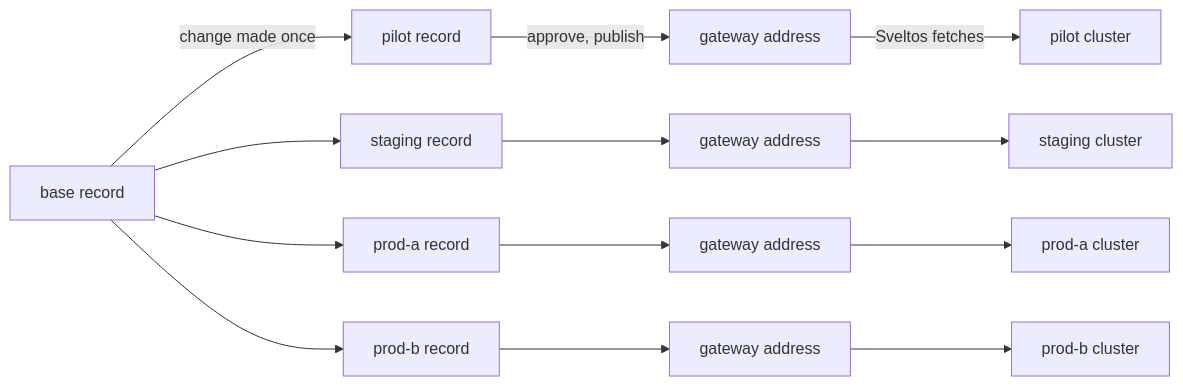
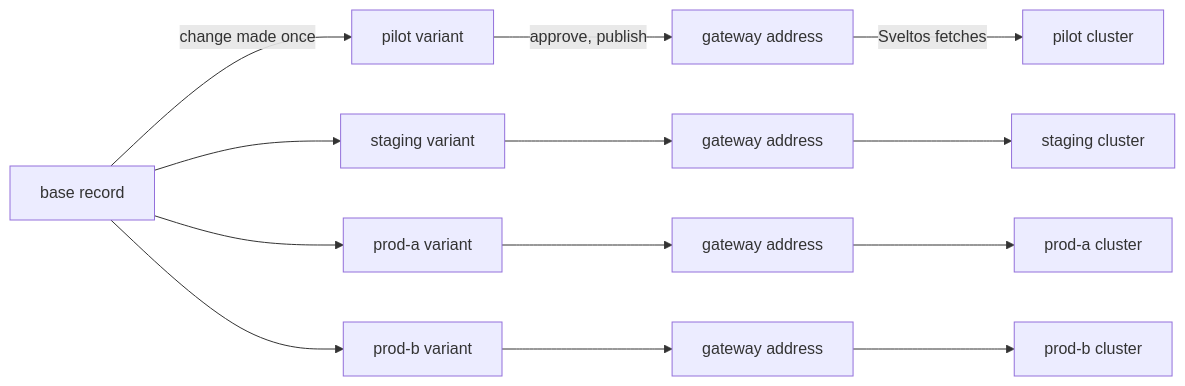
Before and after one commit to confighub/sveltos-confighub: the diagram in README.md, drawn with Mermaid. The commit also changed other lines of this file and 11 other files, not shown here.

First line of the commit message:
Say variant wherever a per-cluster record is meant

````diff
--- a/README.md
+++ b/README.md
@@ -53,11 +53,11 @@
 ```mermaid
 flowchart LR
-  b["base record"] -->|"change made once"| p["pilot record"]
-  b --> s["staging record"]
-  b --> pa["prod-a record"]
-  b --> pb["prod-b record"]
+  b["base record"] -->|"change made once"| p["pilot variant"]
+  b --> s["staging variant"]
+  b --> pa["prod-a variant"]
+  b --> pb["prod-b variant"]
   p -->|"approve, publish"| gp["gateway address"] -->|"Sveltos fetches"| cp["pilot cluster"]
   s --> gs["gateway address"] --> cs["staging cluster"]
   pa --> ga["gateway address"] --> ca["prod-a cluster"]
   pb --> gb["gateway address"] --> cb["prod-b cluster"]
 ```
````
